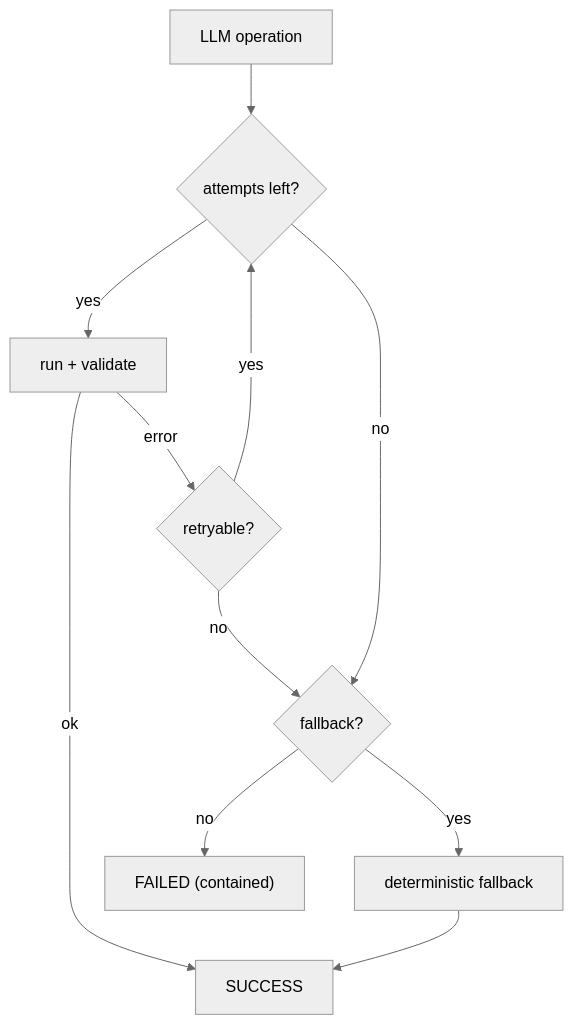
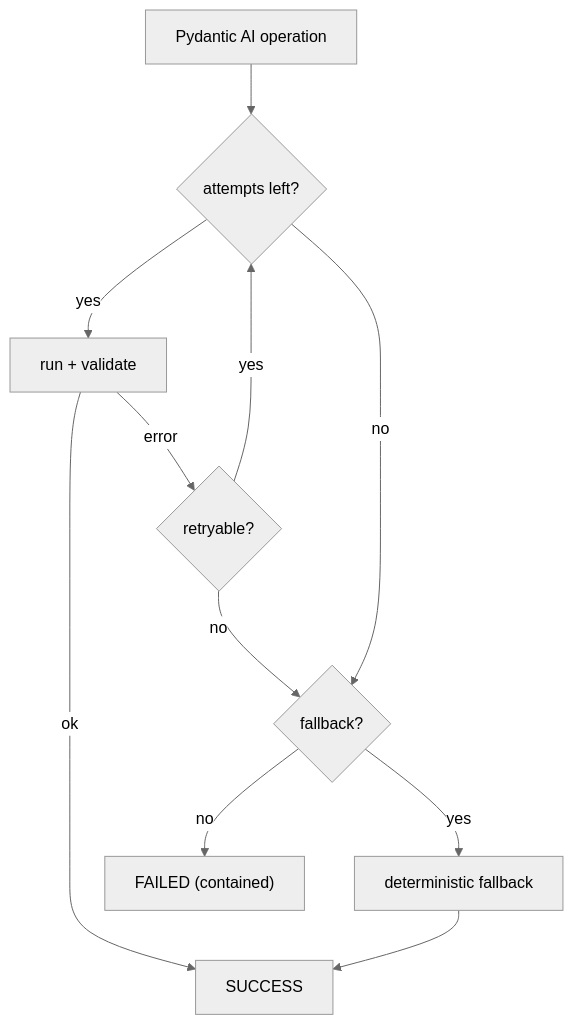
The second of 2 diagrams in docs/ARCHITECTURE.md (skaut-careers/platform), drawn with Mermaid (neutral theme) before and after one commit. The commit also changed other lines of this file and 8 other files, not shown here.

Commit message:
Update architecture and docs

````diff
--- a/docs/ARCHITECTURE.md
+++ b/docs/ARCHITECTURE.md
@@ -37,12 +27,12 @@
 ```mermaid
 flowchart TD
-    op["LLM operation"] --> attempts{"attempts left?"}
+    op["Pydantic AI operation"] --> attempts{"attempts left?"}
     attempts -- yes --> run["run + validate"]
     run -- ok --> success["SUCCESS"]
     run -- error --> retry{"retryable?"}
     retry -- yes --> attempts
     retry -- no --> fb{"fallback?"}
     attempts -- no --> fb
     fb -- yes --> det["deterministic fallback"] --> success
     fb -- no --> failed["FAILED (contained)"]
 ```
````
